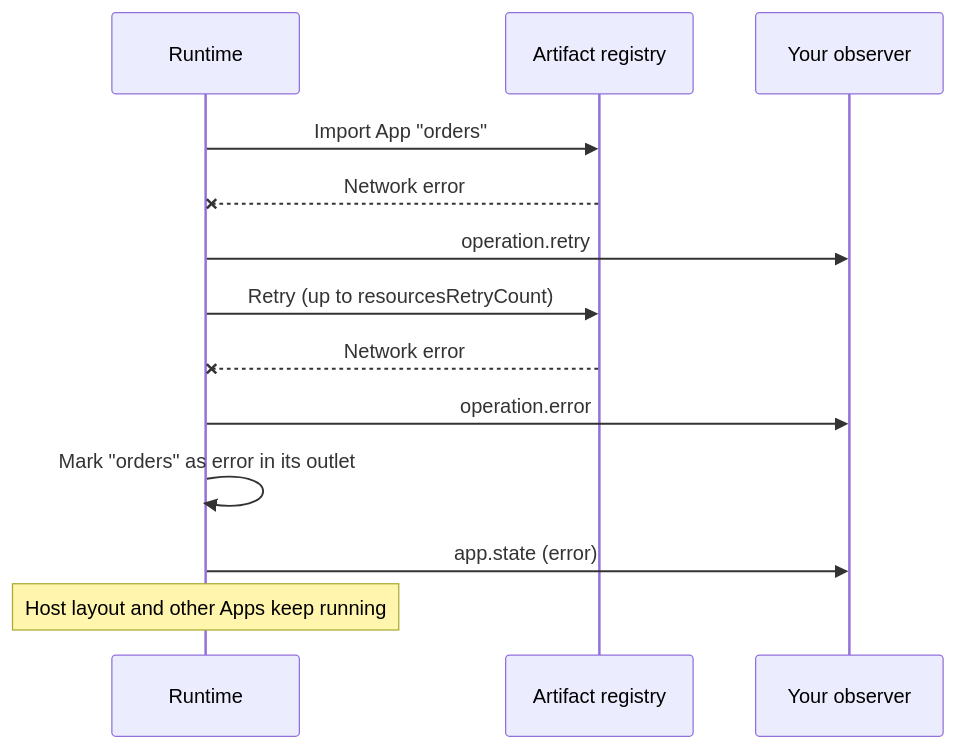
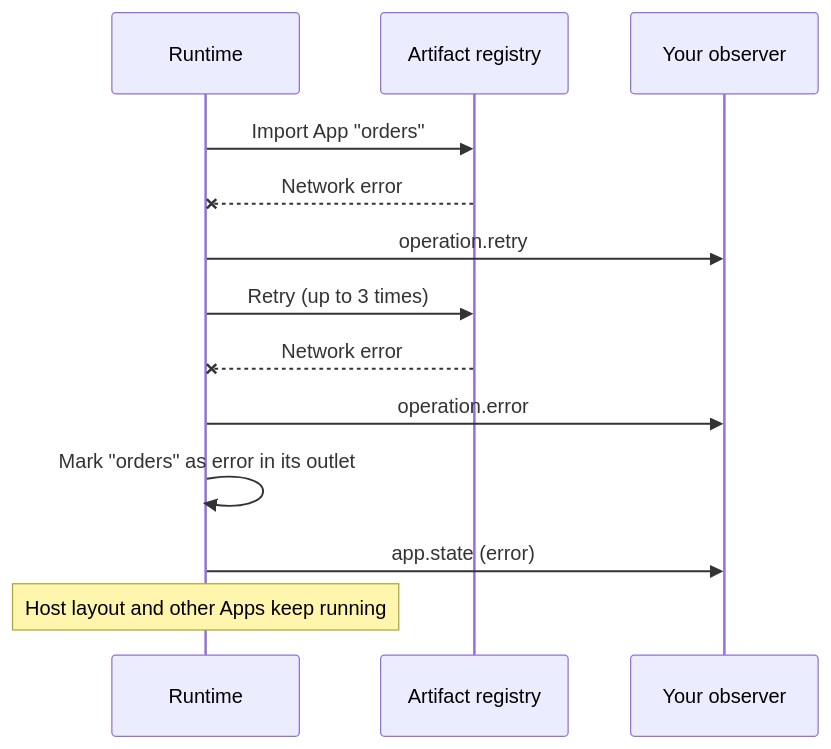
The third of 3 diagrams in docs/introduction/architecture.md (bendaj11/atlas), drawn with Mermaid before and after one commit. The commit also changed other lines of this file and 76 other files, not shown here.

````diff
--- a/docs/introduction/architecture.md
+++ b/docs/introduction/architecture.md
@@ -127,15 +109,15 @@
 ```mermaid
 sequenceDiagram
   participant R as Runtime
   participant A as Artifact registry
   participant O as Your observer
   R->>A: Import App "orders"
   A--xR: Network error
   R->>O: operation.retry
-  R->>A: Retry (up to resourcesRetryCount)
+  R->>A: Retry (up to 3 times)
   A--xR: Network error
   R->>O: operation.error
   R->>R: Mark "orders" as error in its outlet
   R->>O: app.state (error)
   Note over R: Host layout and other Apps keep running
 ```
````
